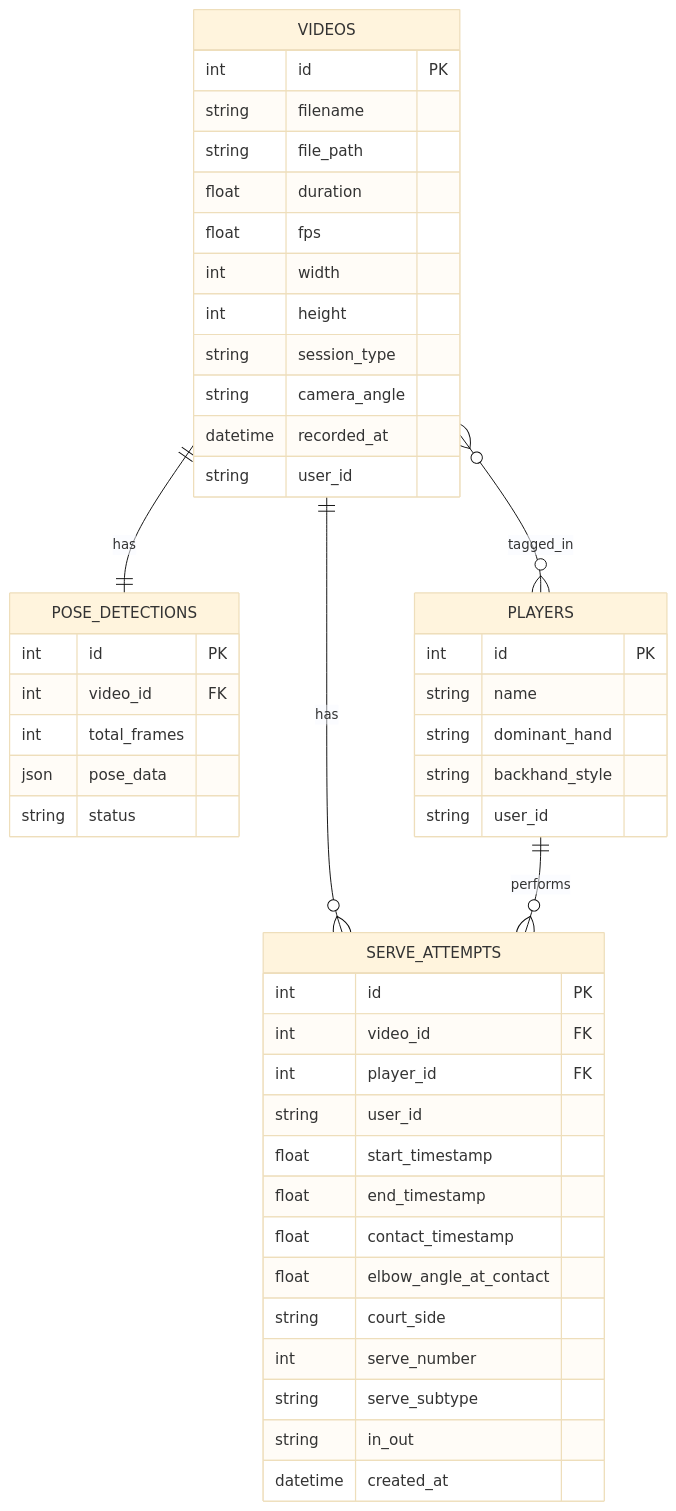
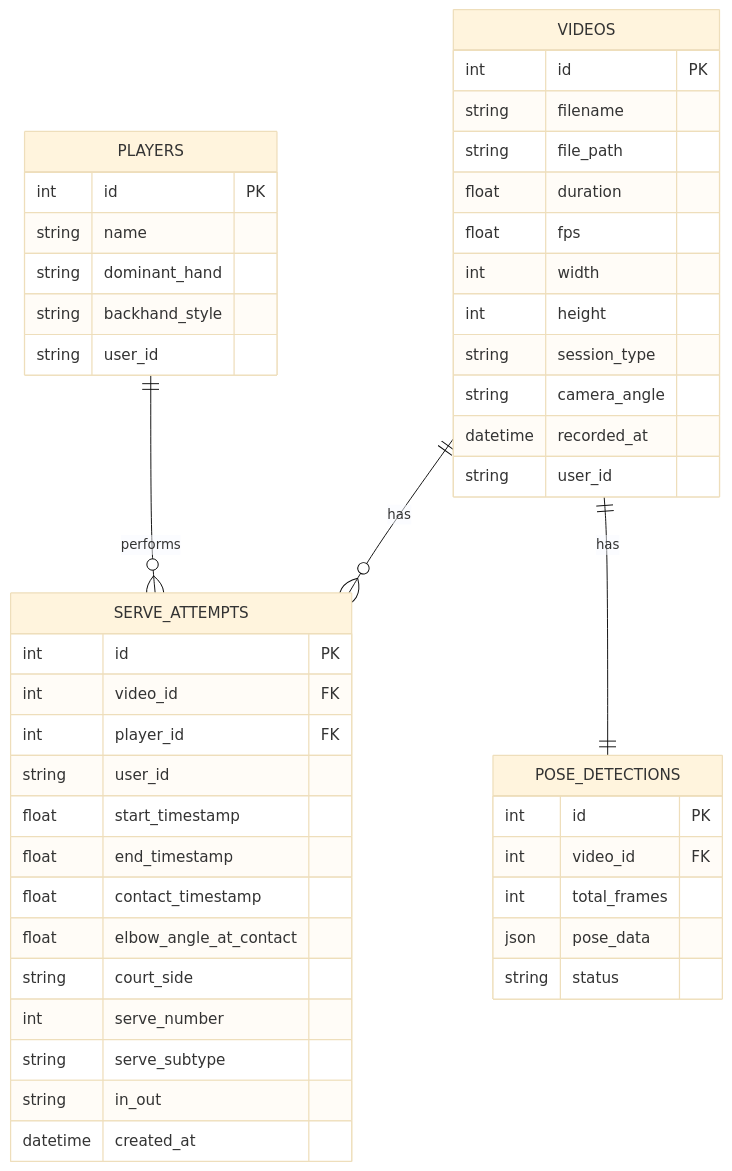
Before and after one commit to aseda-sam/tennis_coach_app: the third of 3 diagrams in .cursor/plans/serve_mvp_backend_refactor_22e6c4fc.plan.md, drawn with Mermaid (base theme). The commit also changed other lines of this file and 14 other files, not shown here.

````diff
--- a/.cursor/plans/serve_mvp_backend_refactor_22e6c4fc.plan.md
+++ b/.cursor/plans/serve_mvp_backend_refactor_22e6c4fc.plan.md
@@ -132,53 +127,52 @@
 ```mermaid
 erDiagram
     VIDEOS ||--o{ SERVE_ATTEMPTS : "has"
     VIDEOS ||--|| POSE_DETECTIONS : "has"
-    VIDEOS }o--o{ PLAYERS : "tagged_in"
     PLAYERS ||--o{ SERVE_ATTEMPTS : "performs"
 
     VIDEOS {
         int id PK
         string filename
         string file_path
         float duration
         float fps
         int width
         int height
         string session_type
         string camera_angle
         datetime recorded_at
         string user_id
     }
 
     SERVE_ATTEMPTS {
         int id PK
         int video_id FK
         int player_id FK
         string user_id
         float start_timestamp
         float end_timestamp
         float contact_timestamp
         float elbow_angle_at_contact
         string court_side
         int serve_number
         string serve_subtype
         string in_out
         datetime created_at
     }
 
     POSE_DETECTIONS {
         int id PK
         int video_id FK
         int total_frames
         json pose_data
         string status
     }
 
     PLAYERS {
         int id PK
         string name
         string dominant_hand
         string backhand_style
         string user_id
     }
 ```
````
